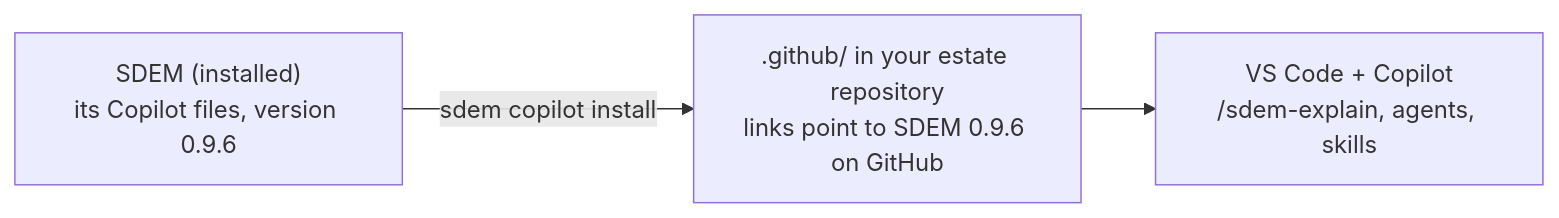
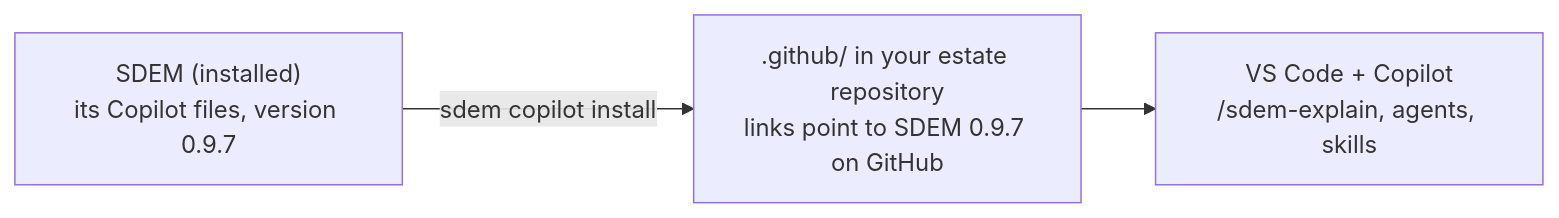
One commit to taumoeps/bian-sdem-framework changed the diagram in docs/design/sdem-copilot-install-design.md. Above: the diagram before and after it, drawn with Mermaid. The commit also changed 24 other files, not shown here.

````diff
--- a/docs/design/sdem-copilot-install-design.md
+++ b/docs/design/sdem-copilot-install-design.md
@@ -18,5 +18,5 @@
 ```mermaid
 flowchart LR
-    S["SDEM (installed)<br/>its Copilot files, version 0.9.6"] -- "sdem copilot install" --> E[".github/ in your estate repository<br/>links point to SDEM 0.9.6 on GitHub"]
+    S["SDEM (installed)<br/>its Copilot files, version 0.9.7"] -- "sdem copilot install" --> E[".github/ in your estate repository<br/>links point to SDEM 0.9.7 on GitHub"]
     E --> V["VS Code + Copilot<br/>/sdem-explain, agents, skills"]
 ```
````
